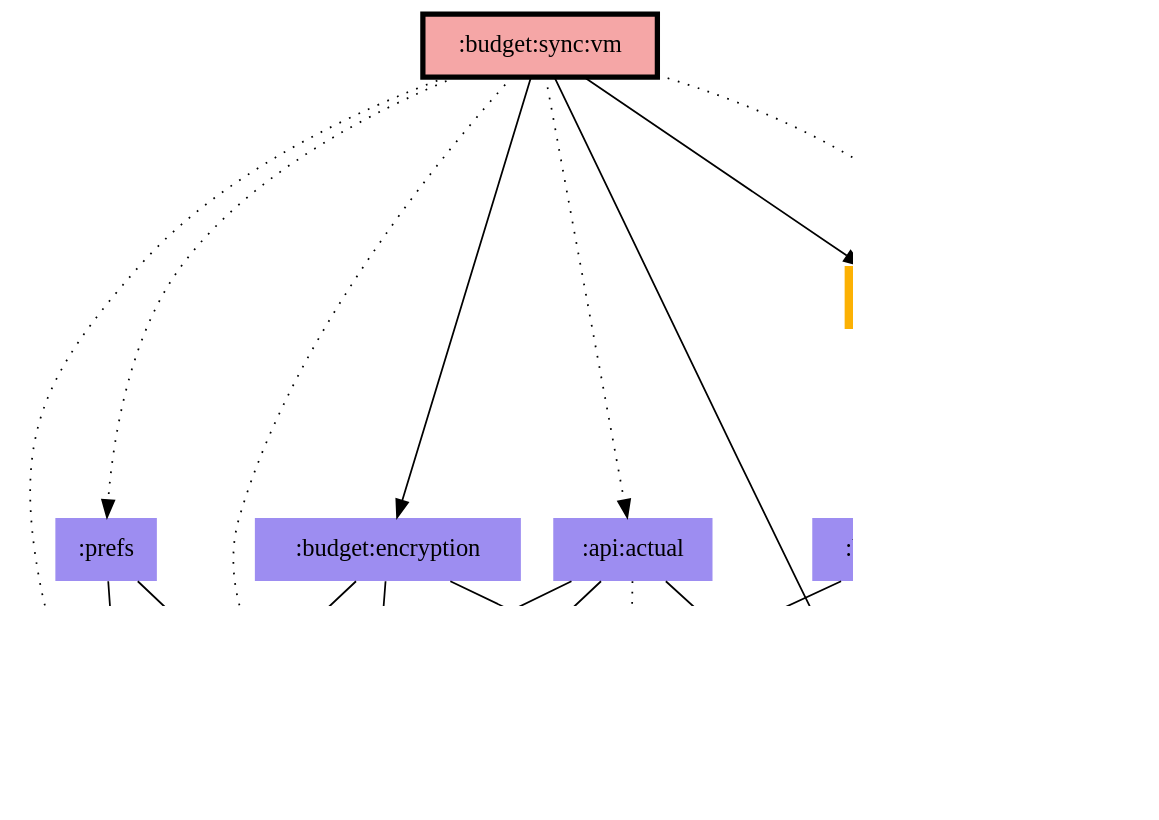
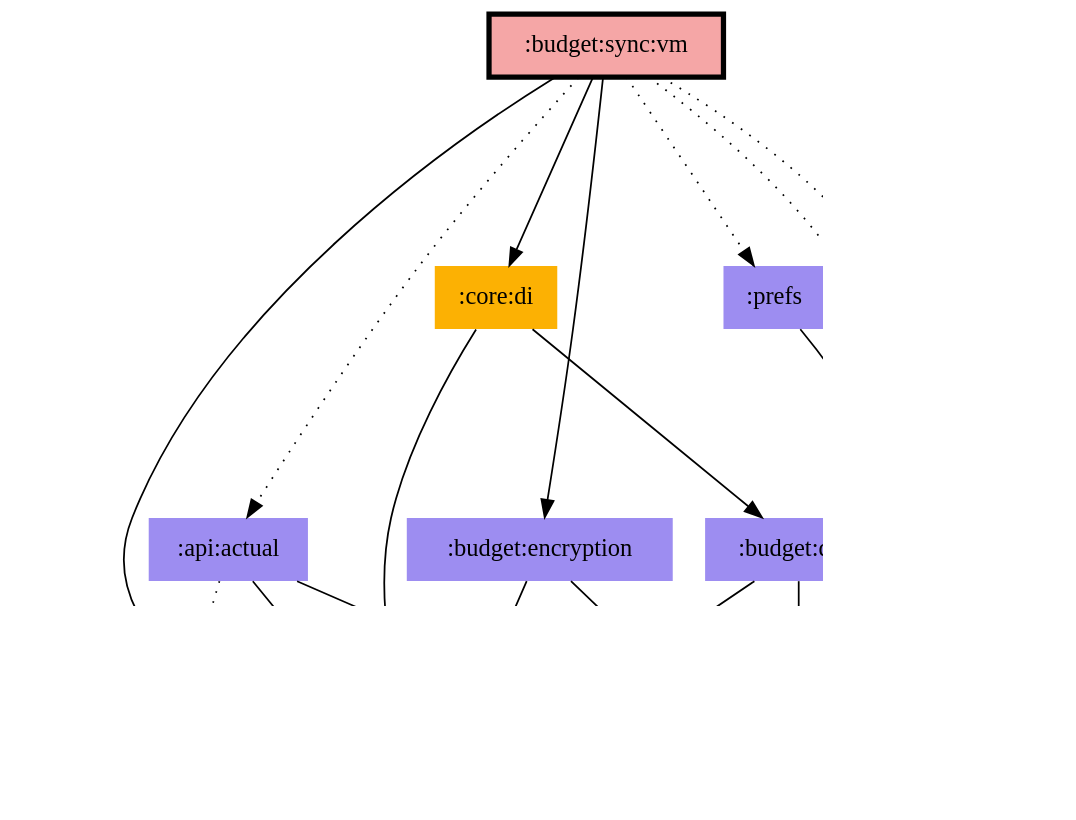
Before and after one commit to jonapoul/aktual: the diagram in modules/budget/sync/vm/modules.dot, drawn with Graphviz. The commit also changed 41 other files, not shown here.

Commit message:
Diagrams

```diff
--- a/modules/budget/sync/vm/modules.dot
+++ b/modules/budget/sync/vm/modules.dot
@@ -1,38 +1,33 @@
 digraph {
 edge ["dir"="forward"]
 graph ["dpi"="100","fontsize"="30","ranksep"="1.5","rankdir"="TB"]
 node ["style"="filled"]
-":account:model" ["fillcolor"="#9D8DF1","shape"="none"]
 ":api:actual" ["fillcolor"="#9D8DF1","shape"="none"]
 ":budget:data" ["fillcolor"="#9D8DF1","shape"="none"]
 ":budget:encryption" ["fillcolor"="#9D8DF1","shape"="none"]
 ":budget:model" ["fillcolor"="#9D8DF1","shape"="none"]
 ":budget:sync:vm" ["fillcolor"="#F5A6A6","color"="black","penwidth"="3","shape"="box"]
 ":codegen:annotation" ["fillcolor"="#9D8DF1","shape"="none"]
 ":core:di" ["fillcolor"="#FCB103","shape"="none"]
 ":core:model" ["fillcolor"="#9D8DF1","shape"="none"]
 ":logging" ["fillcolor"="#9D8DF1","shape"="none"]
 ":prefs" ["fillcolor"="#9D8DF1","shape"="none"]
-":api:actual" -> ":account:model"
 ":api:actual" -> ":budget:model"
 ":api:actual" -> ":codegen:annotation" ["style"="dotted"]
 ":api:actual" -> ":core:model"
 ":budget:data" -> ":budget:model"
 ":budget:data" -> ":core:model"
 ":budget:data" -> ":logging" ["style"="dotted"]
-":budget:encryption" -> ":account:model"
 ":budget:encryption" -> ":budget:model"
 ":budget:encryption" -> ":core:model"
-":budget:sync:vm" -> ":account:model" ["style"="dotted"]
 ":budget:sync:vm" -> ":api:actual" ["style"="dotted"]
 ":budget:sync:vm" -> ":budget:encryption"
 ":budget:sync:vm" -> ":budget:model"
 ":budget:sync:vm" -> ":core:di"
 ":budget:sync:vm" -> ":core:model" ["style"="dotted"]
 ":budget:sync:vm" -> ":logging" ["style"="dotted"]
 ":budget:sync:vm" -> ":prefs" ["style"="dotted"]
 ":core:di" -> ":budget:data"
 ":core:di" -> ":budget:model"
-":prefs" -> ":account:model"
 ":prefs" -> ":core:model"
 }
```
